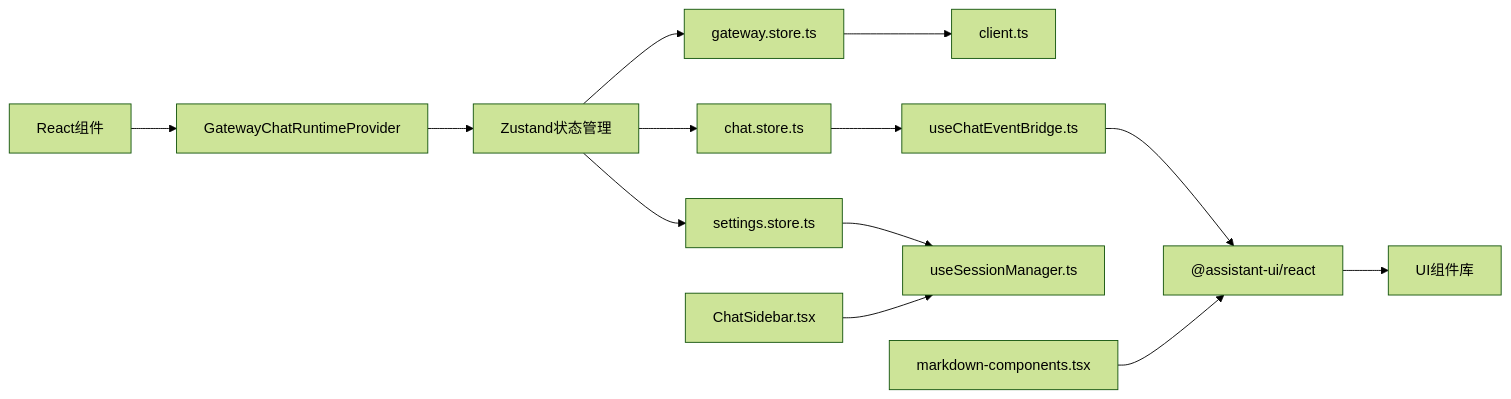
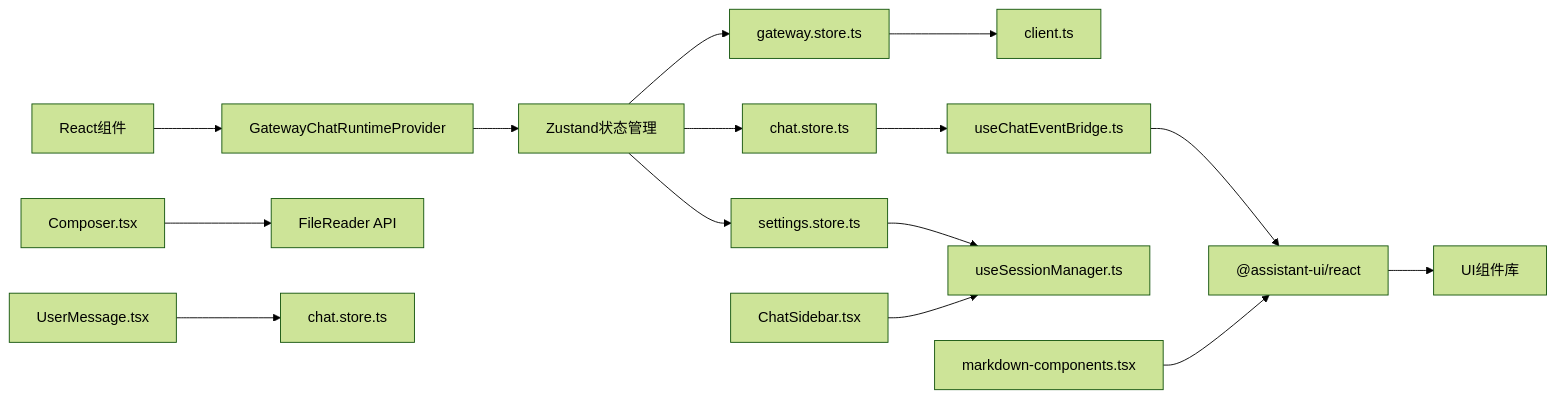
Before and after one commit to verse-ai-org/openclaw: diagram 12 of 12 in .qoder/repowiki/zh/content/Web界面/WebChat界面/WebChat界面.md, drawn with Mermaid (forest theme). The commit also changed other lines of this file and 7 other files, not shown here.

````diff
--- a/.qoder/repowiki/zh/content/Web界面/WebChat界面/WebChat界面.md
+++ b/.qoder/repowiki/zh/content/Web界面/WebChat界面/WebChat界面.md
@@ -514,15 +507,17 @@
 ```mermaid
 graph LR
 React_Components["React组件"] --> Runtime["GatewayChatRuntimeProvider"]
 Runtime --> Zustand["Zustand状态管理"]
 Zustand --> GatewayStore["gateway.store.ts"]
 Zustand --> ChatStore["chat.store.ts"]
 Zustand --> SettingsStore["settings.store.ts"]
 GatewayStore --> Client["client.ts"]
 ChatStore --> Events["useChatEventBridge.ts"]
 SettingsStore --> SessionManager["useSessionManager.ts"]
 Events --> AssistantUI["@assistant-ui/react"]
 AssistantUI --> Components["UI组件库"]
 MarkdownComponents["markdown-components.tsx"] --> AssistantUI
 ChatSidebar["ChatSidebar.tsx"] --> SessionManager
+Composer["Composer.tsx"] --> FileReader["FileReader API"]
+UserMessage["UserMessage.tsx"] --> ZustandStore["chat.store.ts"]
 ```
````
